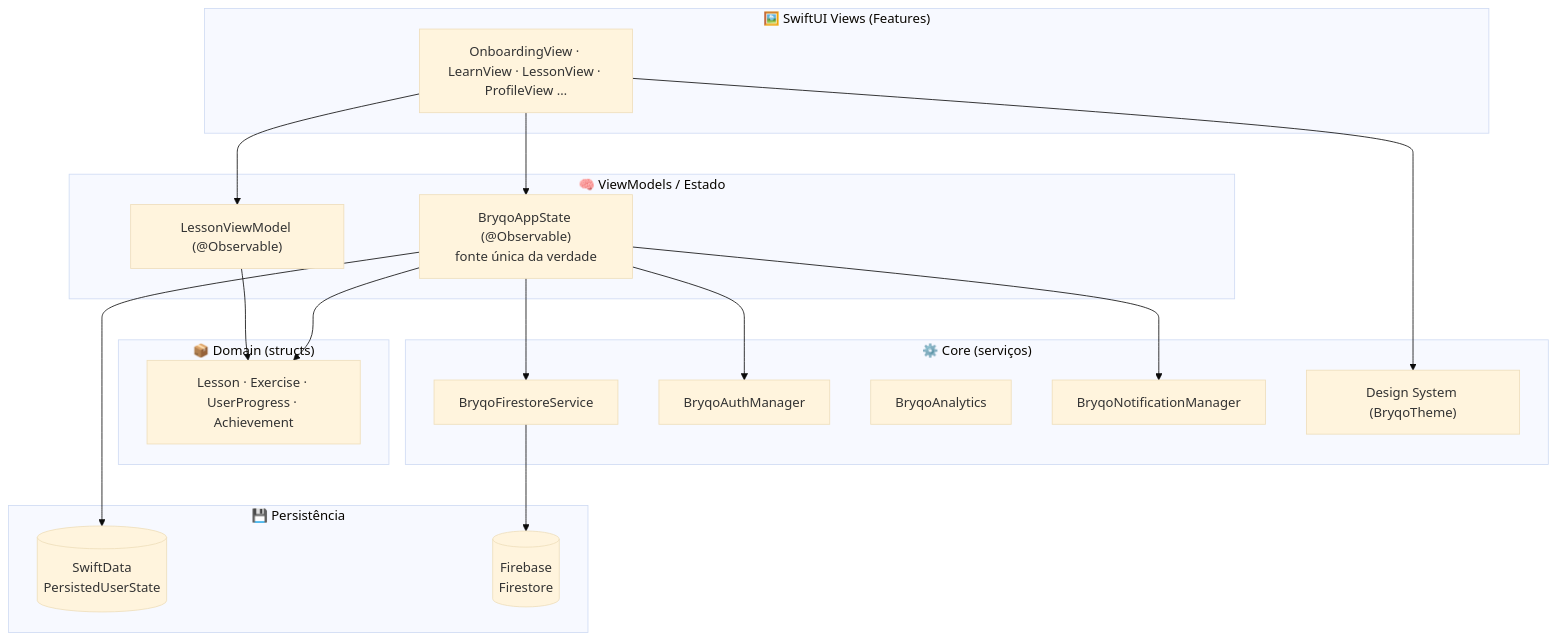
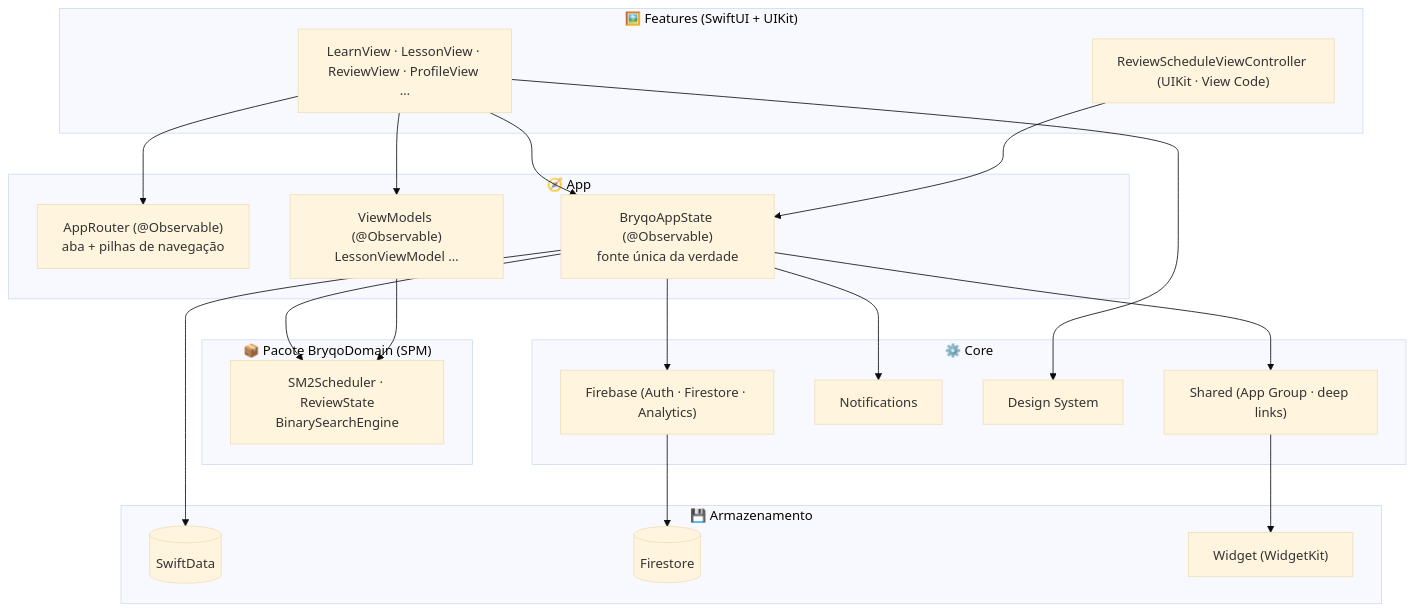
Before and after one commit to jenniffermartinsf/bryqo-app: the first of 2 diagrams in README.md, drawn with Mermaid (base theme). The commit also changed other lines of this file and 29 other files, not shown here.

First line of the commit message:
feat: extract BryqoDomain package, add UIKit review schedule, Fastlane CI

````diff
--- a/README.md
+++ b/README.md
@@ -129,34 +157,38 @@
 ```mermaid
 flowchart TD
-    subgraph UI["🖼️ SwiftUI Views (Features)"]
-        V["OnboardingView · LearnView · LessonView · ProfileView …"]
+    subgraph UI["🖼️ Features (SwiftUI + UIKit)"]
+        V["LearnView · LessonView · ReviewView · ProfileView …"]
+        UK["ReviewScheduleViewController (UIKit · View Code)"]
     end
-    subgraph VM["🧠 ViewModels / Estado"]
+    subgraph APP["🧭 App"]
+        R["AppRouter (@Observable)\naba + pilhas de navegação"]
         AS["BryqoAppState (@Observable)\nfonte única da verdade"]
-        LVM["LessonViewModel (@Observable)"]
+        VM["ViewModels (@Observable)\nLessonViewModel …"]
     end
-    subgraph DOM["📦 Domain (structs)"]
-        M["Lesson · Exercise · UserProgress · Achievement"]
+    subgraph PKG["📦 Pacote BryqoDomain (SPM)"]
+        D["SM2Scheduler · ReviewState\nBinarySearchEngine"]
     end
-    subgraph CORE["⚙️ Core (serviços)"]
-        FS["BryqoFirestoreService"]
-        AU["BryqoAuthManager"]
-        AN["BryqoAnalytics"]
-        NO["BryqoNotificationManager"]
-        DS["Design System (BryqoTheme)"]
+    subgraph CORE["⚙️ Core"]
+        FS["Firebase (Auth · Firestore · Analytics)"]
+        NO["Notifications"]
+        DS["Design System"]
+        SH["Shared (App Group · deep links)"]
     end
-    subgraph PERSIST["💾 Persistência"]
-        SD[("SwiftData\nPersistedUserState")]
-        FB[("Firebase\nFirestore")]
+    subgraph STORE["💾 Armazenamento"]
+        SD[("SwiftData")]
+        FB[("Firestore")]
+        WG["Widget (WidgetKit)"]
     end
 
+    V --> R
     V --> AS
-    V --> LVM
-    AS --> M
-    LVM --> M
+    V --> VM
+    UK --> AS
+    AS --> D
+    VM --> D
     AS --> FS --> FB
-    AS --> AU
     AS --> NO
     AS --> SD
+    AS --> SH --> WG
     V --> DS
 ```
````
